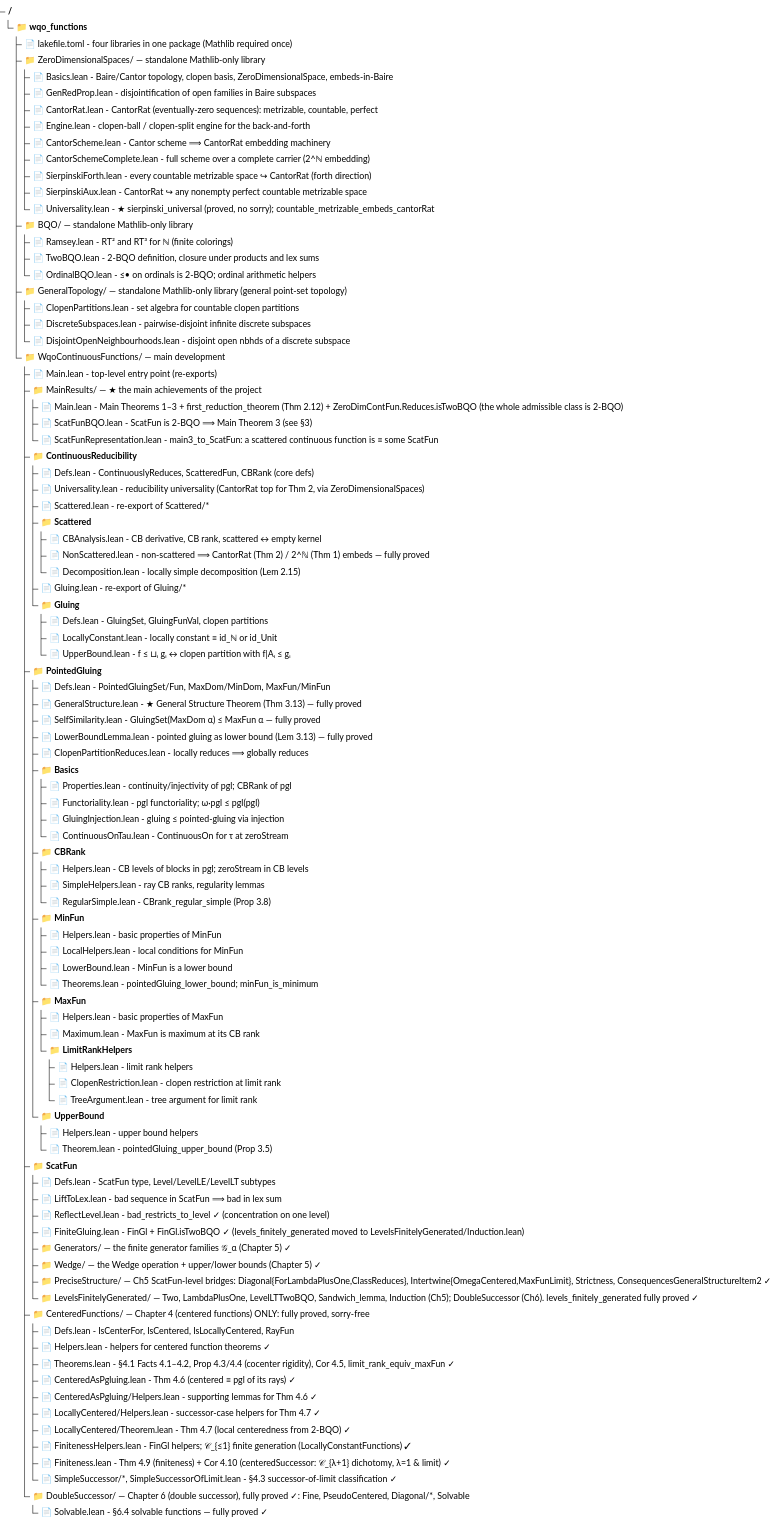
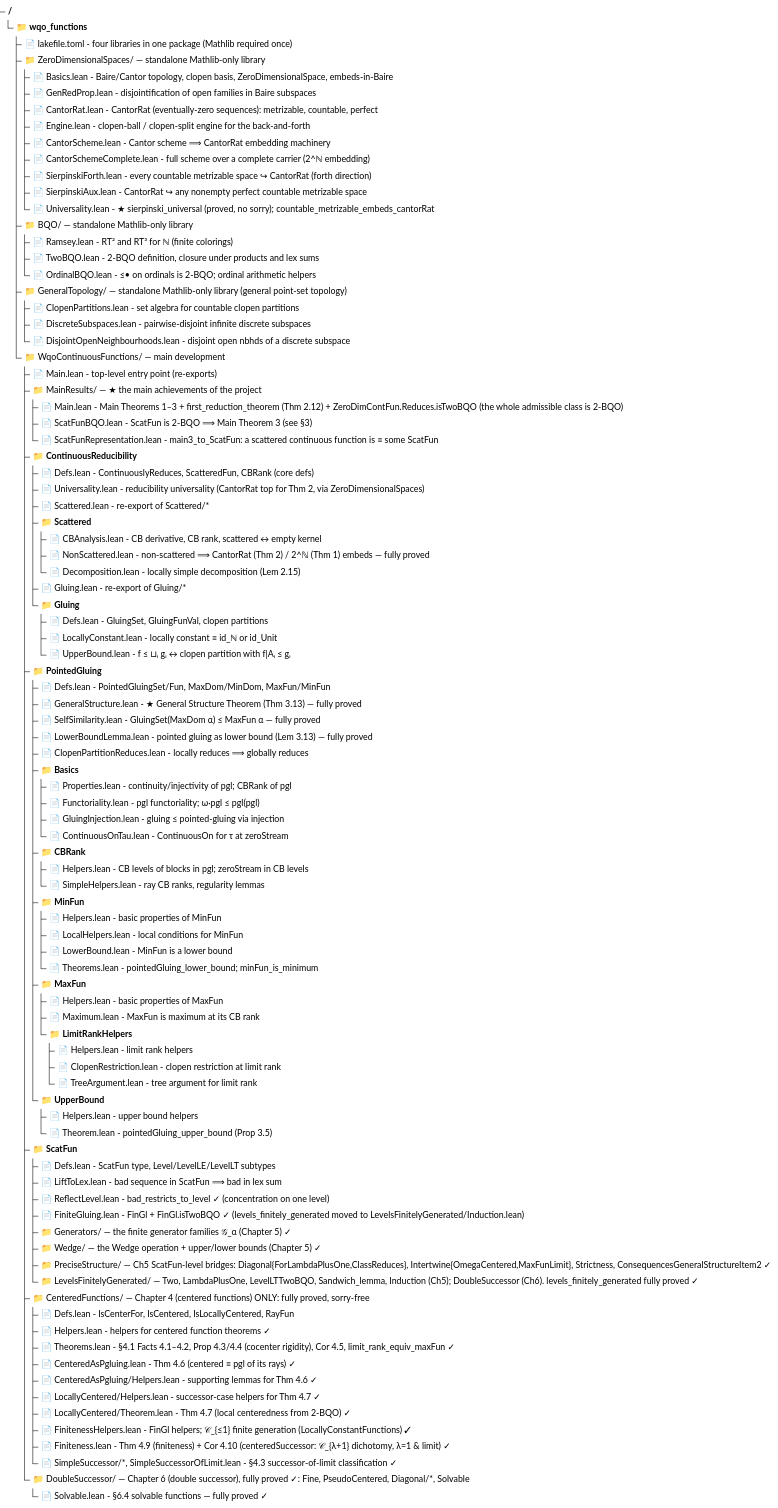
One commit to yannpequignot/lean-wqo-continuous-functions changed the first of 2 diagrams in STRUCTURE.md. Above: the diagram before and after it, drawn with Mermaid. The commit also changed other lines of this file and 53 other files, not shown here.

```diff
--- a/STRUCTURE.md
+++ b/STRUCTURE.md
@@ -78,7 +78,6 @@
         "📁 CBRank/"
           "📄 Helpers.lean - CB levels of blocks in pgl; zeroStream in CB levels"
           "📄 SimpleHelpers.lean - ray CB ranks, regularity lemmas"
-          "📄 RegularSimple.lean - CBrank_regular_simple (Prop 3.8)"
         "📁 MinFun/"
           "📄 Helpers.lean - basic properties of MinFun"
           "📄 LocalHelpers.lean - local conditions for MinFun"
```
